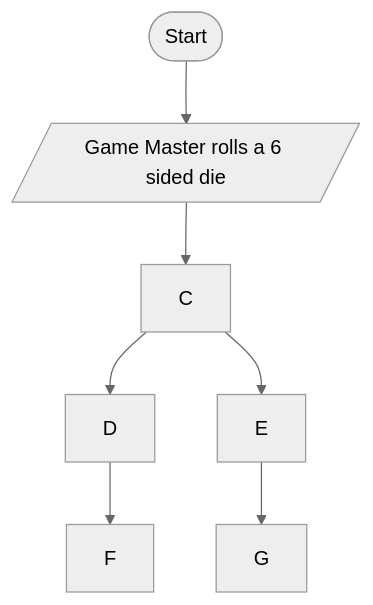
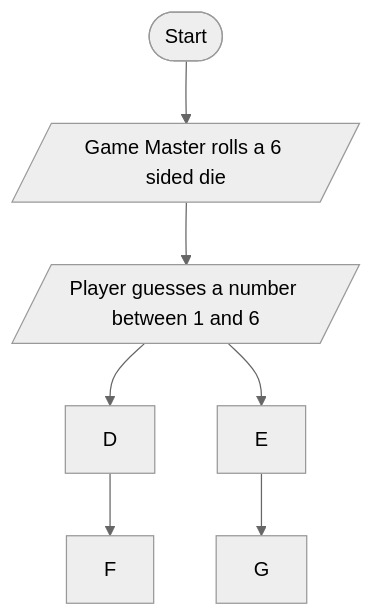
One commit to caelliott2552/caelliott2552.github.io changed the diagram in Guessing.md. Above: the diagram before and after it, drawn with Mermaid (neutral theme).

Commit message:
Update Guessing.md
Updating box C

````diff
--- a/Guessing.md
+++ b/Guessing.md
@@ -1,9 +1,9 @@
 ```mermaid
 graph TD;
     A([Start])-->B[/Game Master rolls a 6 sided die/];
-    B[/Game Master rolls a 6 sided die/]-->C;
-    C-->D;
+    B[/Game Master rolls a 6 sided die/]-->C[/Player guesses a number between 1 and 6/];
+    C[/Player guesses a number between 1 and 6/]-->D;
     C-->E;
     D-->F;
     E-->G;
 ```
````
